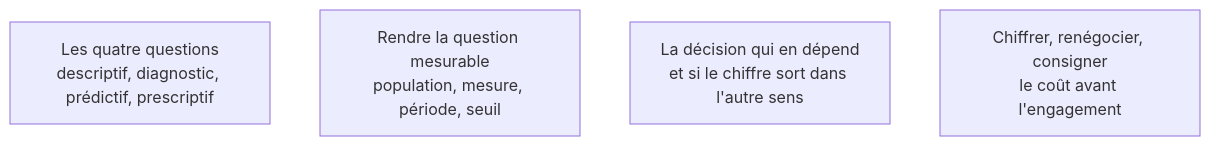
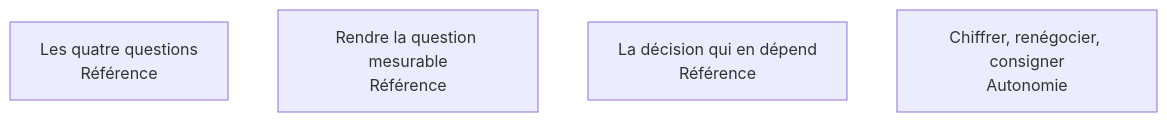
Before and after one commit to floSa/Atlas-Metiers-Roadmaps: the diagram in content/parcours/data-analyst/cadrer-la-question/index.md, drawn with Mermaid. The commit also changed 20 other files, not shown here.

First line of the commit message:
Data Analyst et BI Analyst : le niveau attendu passe dans les cases des cartes

````diff
--- a/content/parcours/data-analyst/cadrer-la-question/index.md
+++ b/content/parcours/data-analyst/cadrer-la-question/index.md
@@ -11,12 +11,12 @@
 ```mermaid
 flowchart TD
-  Q["Les quatre questions<br/>descriptif, diagnostic, prédictif, prescriptif"]
-  M["Rendre la question mesurable<br/>population, mesure, période, seuil"]
-  D["La décision qui en dépend<br/>et si le chiffre sort dans l'autre sens"]
-  C["Chiffrer, renégocier, consigner<br/>le coût avant l'engagement"]
+  Q["Les quatre questions<br/>Référence"]
+  M["Rendre la question mesurable<br/>Référence"]
+  D["La décision qui en dépend<br/>Référence"]
+  C["Chiffrer, renégocier, consigner<br/>Autonomie"]
 
   click Q "/parcours/data-analyst/cadrer-la-question/les-quatre-questions"
   click M "/parcours/data-analyst/cadrer-la-question/rendre-la-question-mesurable"
   click D "/parcours/data-analyst/cadrer-la-question/la-decision-qui-en-depend"
   click C "/parcours/data-analyst/cadrer-la-question/chiffrer-renegocier-consigner"
 ```
````
